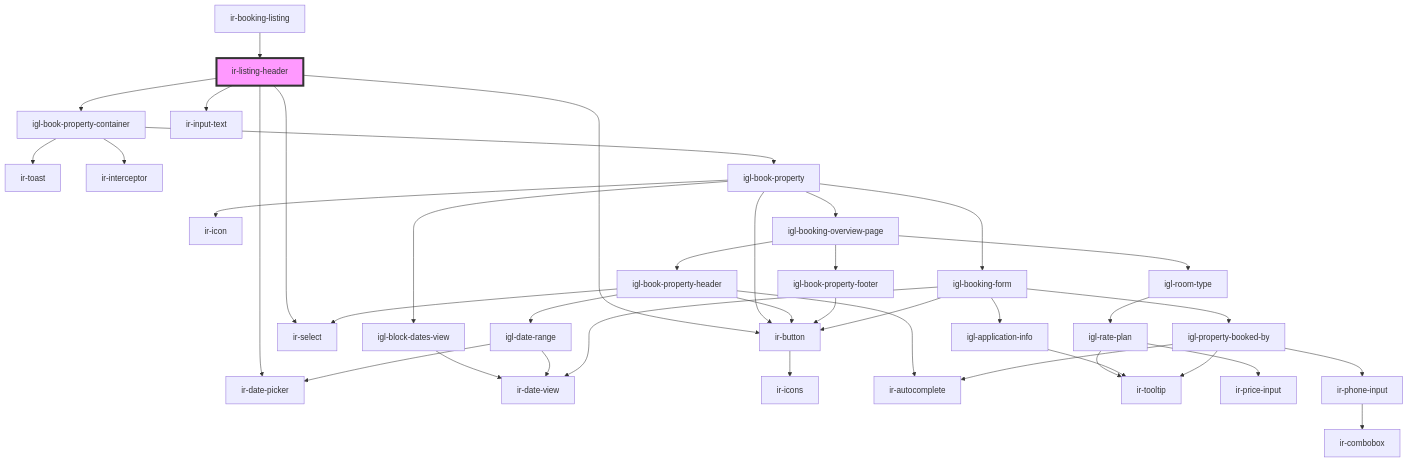
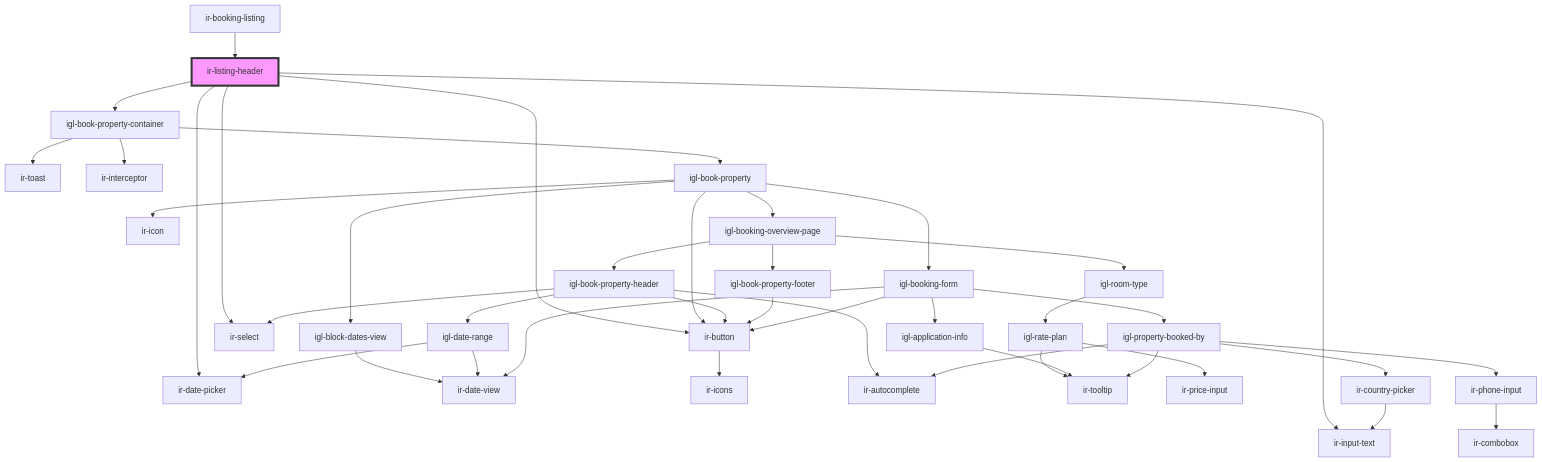
Before and after one commit to David1Chowaifaty/modified-ir-webcmp: the diagram in src/components/ir-booking-listing/ir-listing-header/readme.md, drawn with Mermaid. The commit also changed 34 other files, not shown here.

````diff
--- a/src/components/ir-booking-listing/ir-listing-header/readme.md
+++ b/src/components/ir-booking-listing/ir-listing-header/readme.md
@@ -39,42 +39,44 @@
 ```mermaid
 graph TD;
   ir-listing-header --> igl-book-property-container
   ir-listing-header --> ir-button
   ir-listing-header --> ir-input-text
   ir-listing-header --> ir-select
   ir-listing-header --> ir-date-picker
   igl-book-property-container --> ir-toast
   igl-book-property-container --> ir-interceptor
   igl-book-property-container --> igl-book-property
   igl-book-property --> igl-block-dates-view
   igl-book-property --> ir-button
   igl-book-property --> ir-icon
   igl-book-property --> igl-booking-overview-page
   igl-book-property --> igl-booking-form
   igl-block-dates-view --> ir-date-view
   ir-button --> ir-icons
   igl-booking-overview-page --> igl-book-property-header
   igl-booking-overview-page --> igl-room-type
   igl-booking-overview-page --> igl-book-property-footer
   igl-book-property-header --> ir-autocomplete
   igl-book-property-header --> ir-select
   igl-book-property-header --> ir-button
   igl-book-property-header --> igl-date-range
   igl-date-range --> ir-date-picker
   igl-date-range --> ir-date-view
   igl-room-type --> igl-rate-plan
   igl-rate-plan --> ir-tooltip
   igl-rate-plan --> ir-price-input
   igl-book-property-footer --> ir-button
   igl-booking-form --> ir-date-view
   igl-booking-form --> igl-application-info
   igl-booking-form --> igl-property-booked-by
   igl-booking-form --> ir-button
   igl-application-info --> ir-tooltip
   igl-property-booked-by --> ir-autocomplete
   igl-property-booked-by --> ir-tooltip
+  igl-property-booked-by --> ir-country-picker
   igl-property-booked-by --> ir-phone-input
+  ir-country-picker --> ir-input-text
   ir-phone-input --> ir-combobox
   ir-booking-listing --> ir-listing-header
   style ir-listing-header fill:#f9f,stroke:#333,stroke-width:4px
 ```
````
